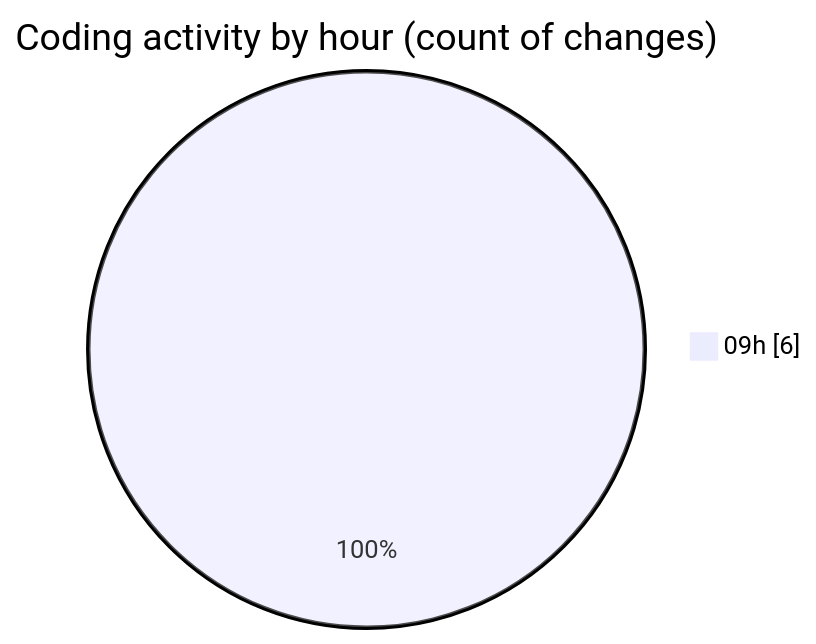
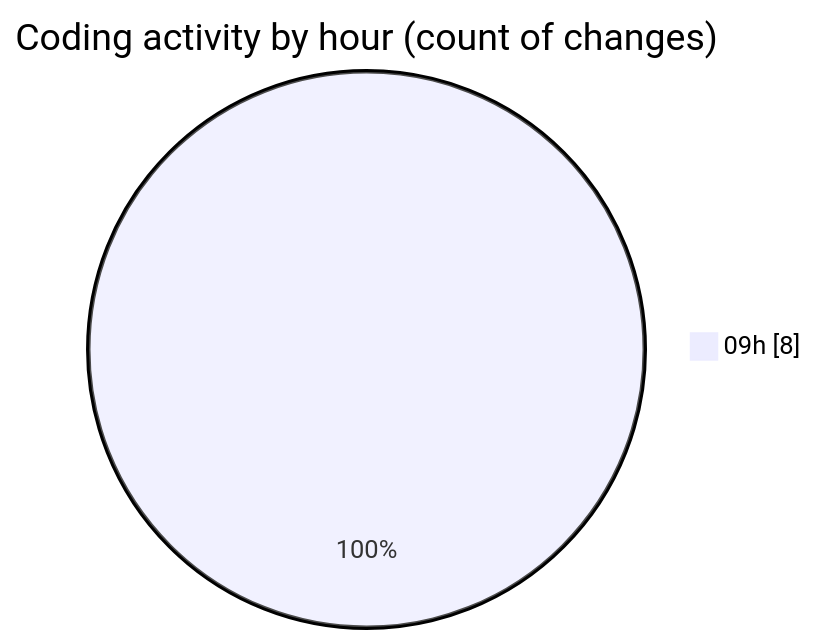
The second of 2 diagrams in 2025-01-30/java/README.md (NitaiMahat/code-tracking), drawn with Mermaid before and after one commit. The commit also changed other lines of this file and 1 other file, not shown here.

````diff
--- a/2025-01-30/java/README.md
+++ b/2025-01-30/java/README.md
@@ -28,5 +28,5 @@
 ```mermaid
 pie showData
 title Coding activity by hour (count of changes)
-"09h" : 6
+"09h" : 8
 ```
````
